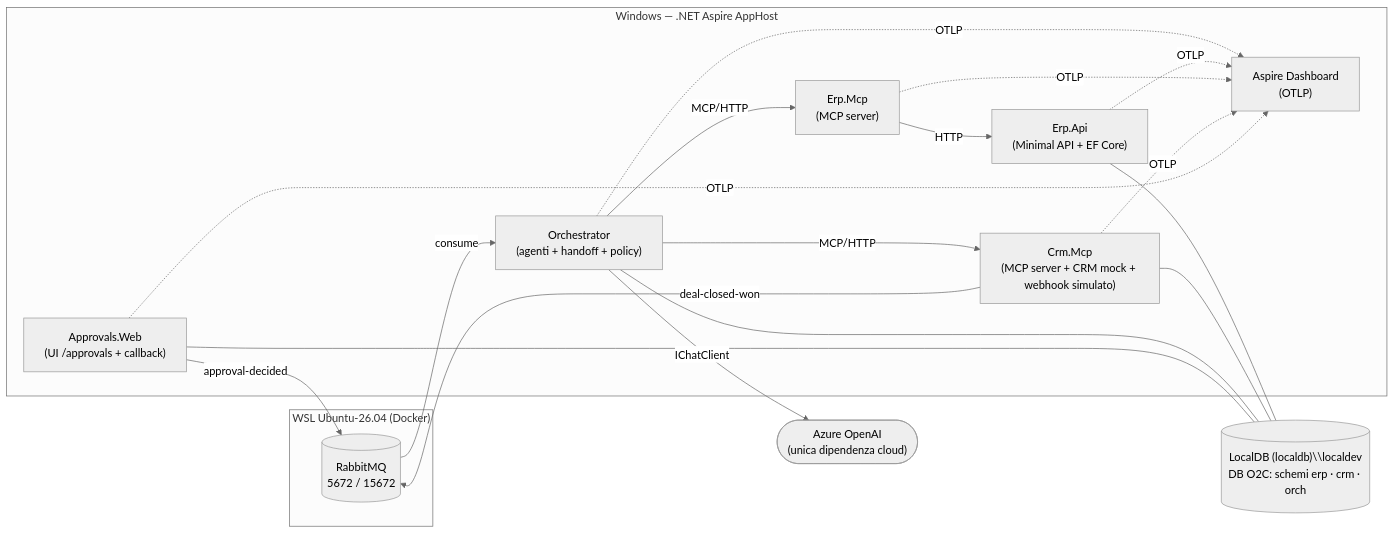
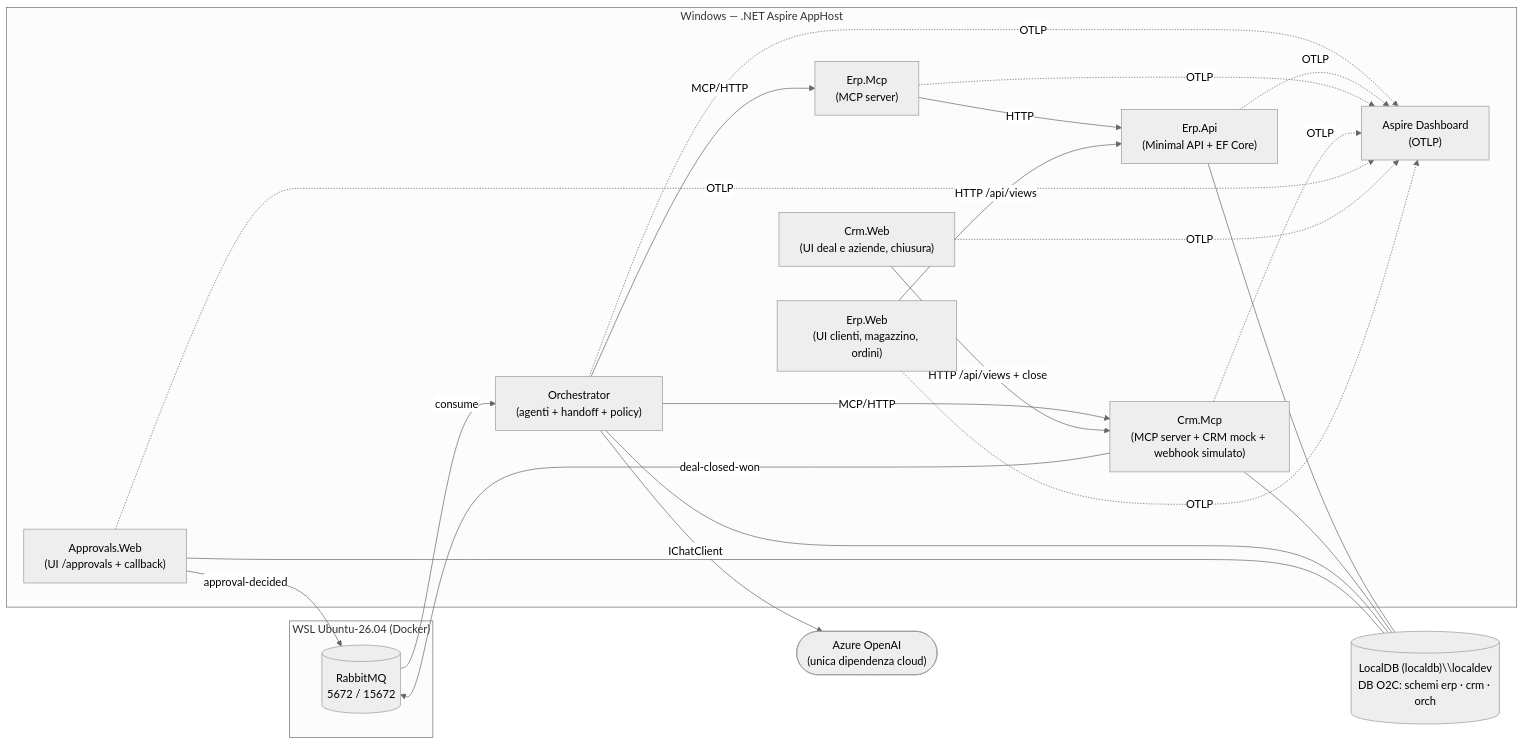
Before and after one commit to Dusi-burg/AI.POC-OrderToCash: the diagram in docs/plan/plan.md, drawn with Mermaid (neutral theme). The commit also changed other lines of this file and 212 other files, not shown here.

First line of the commit message:
fase 6: UI web di CRM ed ERP, comando di chiusura del deal

````diff
--- a/docs/plan/plan.md
+++ b/docs/plan/plan.md
@@ -44,33 +45,39 @@
 ```mermaid
 flowchart LR
     subgraph WSL["WSL Ubuntu-26.04 (Docker)"]
         RMQ[(RabbitMQ<br/>5672 / 15672)]
     end
     subgraph WIN["Windows — .NET Aspire AppHost"]
         CRM["Crm.Mcp<br/>(MCP server + CRM mock + webhook simulato)"]
         ERPMCP["Erp.Mcp<br/>(MCP server)"]
         ERP["Erp.Api<br/>(Minimal API + EF Core)"]
         ORCH["Orchestrator<br/>(agenti + handoff + policy)"]
         APPR["Approvals.Web<br/>(UI /approvals + callback)"]
+        CRMWEB["Crm.Web<br/>(UI deal e aziende, chiusura)"]
+        ERPWEB["Erp.Web<br/>(UI clienti, magazzino, ordini)"]
         DASH["Aspire Dashboard<br/>(OTLP)"]
     end
     DB[("LocalDB (localdb)\\localdev<br/>DB O2C: schemi erp · crm · orch")]
     LLM(["Azure OpenAI<br/>(unica dipendenza cloud)"])
 
     CRM -- "deal-closed-won" --> RMQ
     RMQ -- consume --> ORCH
     ORCH -- MCP/HTTP --> CRM
     ORCH -- MCP/HTTP --> ERPMCP
     ERPMCP -- HTTP --> ERP
     ORCH -- IChatClient --> LLM
     APPR -- "approval-decided" --> RMQ
+    CRMWEB -- "HTTP /api/views + close" --> CRM
+    ERPWEB -- "HTTP /api/views" --> ERP
     ERP --- DB
     CRM --- DB
     ORCH --- DB
     APPR --- DB
     ORCH -. OTLP .-> DASH
     ERP -. OTLP .-> DASH
     ERPMCP -. OTLP .-> DASH
     CRM -. OTLP .-> DASH
     APPR -. OTLP .-> DASH
+    CRMWEB -. OTLP .-> DASH
+    ERPWEB -. OTLP .-> DASH
 ```
````
